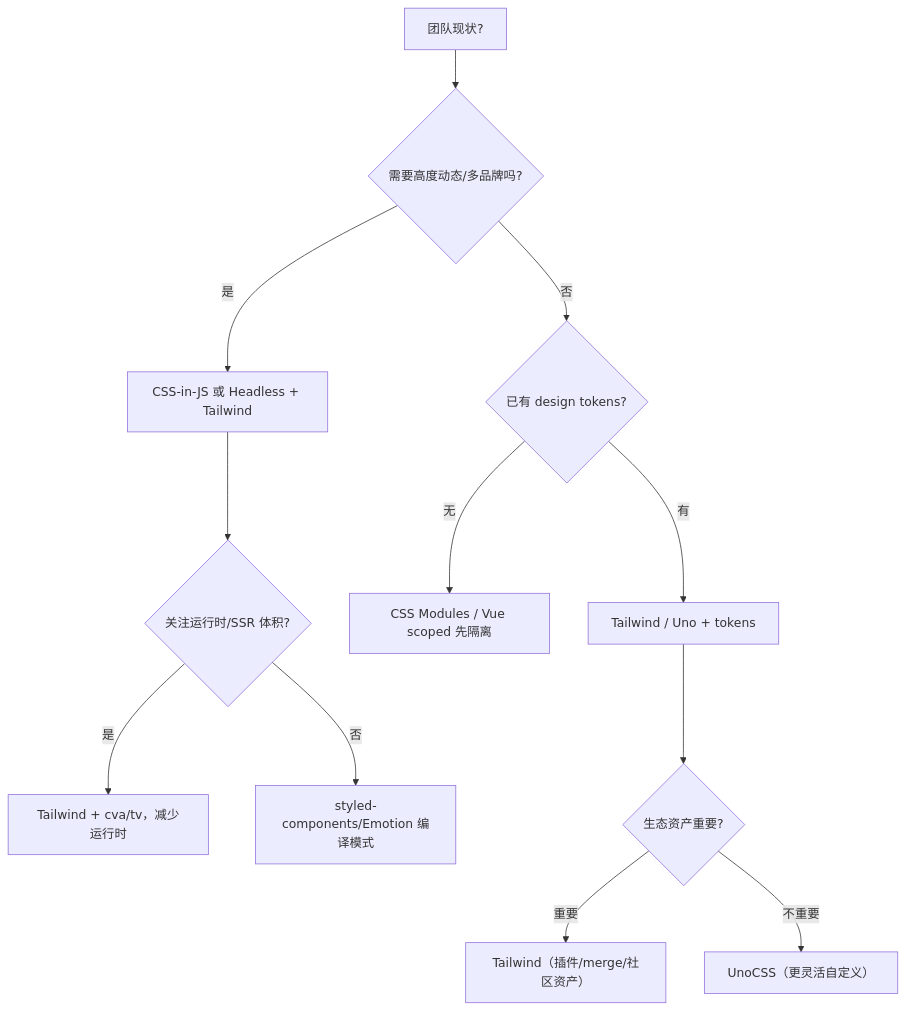
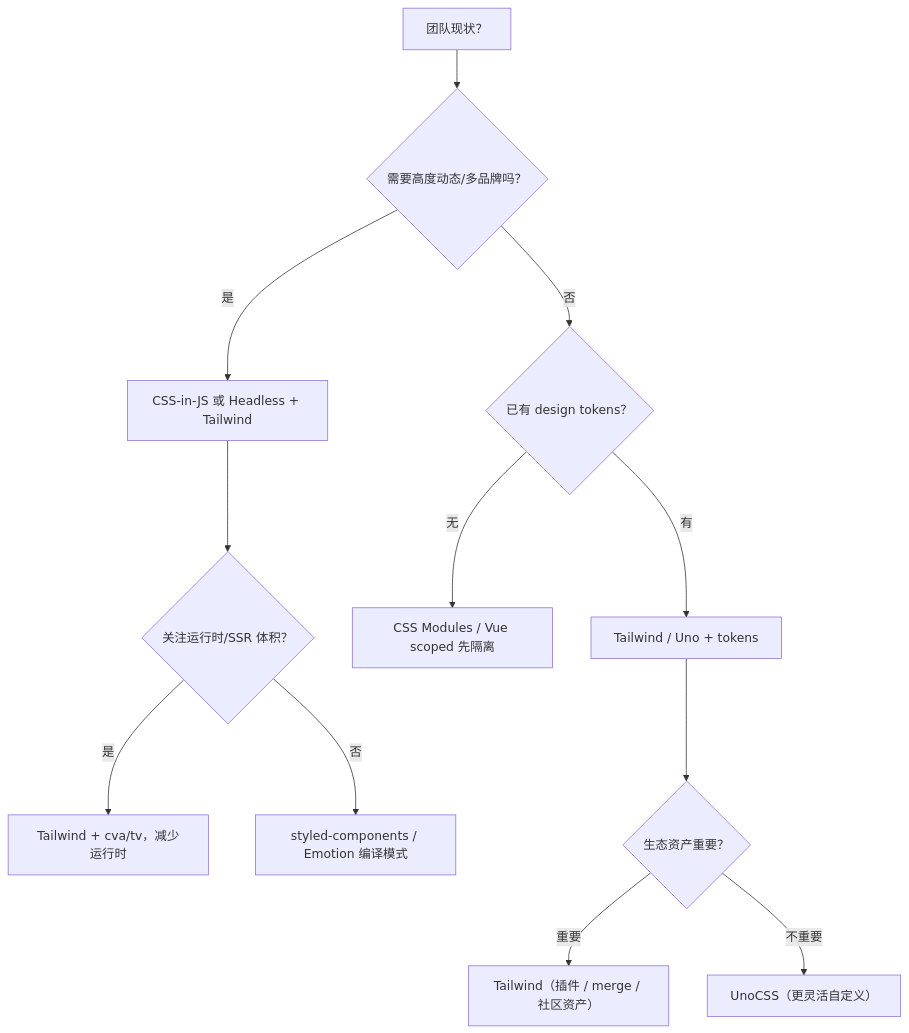
The third of 3 diagrams in website/docs/tailwindcss/history/index.mdx (sonofmagic/weapp-tailwindcss), drawn with Mermaid before and after one commit. The commit also changed other lines of this file and 5 other files, not shown here.

````diff
--- a/website/docs/tailwindcss/history/index.mdx
+++ b/website/docs/tailwindcss/history/index.mdx
@@ -86,14 +88,14 @@
 ```mermaid
 flowchart TD
-  A[团队现状?] --> B{需要高度动态/多品牌吗?}
-  B -->|是| C[CSS-in-JS 或 Headless + Tailwind]
-  B -->|否| D{已有 design tokens?}
-  D -->|有| E[Tailwind / Uno + tokens]
-  D -->|无| F[CSS Modules / Vue scoped 先隔离]
-  C --> G{关注运行时/SSR 体积?}
-  G -->|是| H[Tailwind + cva/tv，减少运行时]
-  G -->|否| I[styled-components/Emotion 编译模式]
-  E --> J{生态资产重要?}
-  J -->|重要| K[Tailwind（插件/merge/社区资产）]
-  J -->|不重要| L[UnoCSS（更灵活自定义）]
+  A["团队现状？"] --> B{"需要高度动态/多品牌吗？"}
+  B -->|是| C["CSS-in-JS 或 Headless + Tailwind"]
+  B -->|否| D{"已有 design tokens？"}
+  D -->|有| E["Tailwind / Uno + tokens"]
+  D -->|无| F["CSS Modules / Vue scoped 先隔离"]
+  C --> G{"关注运行时/SSR 体积？"}
+  G -->|是| H["Tailwind + cva/tv，减少运行时"]
+  G -->|否| I["styled-components / Emotion 编译模式"]
+  E --> J{"生态资产重要？"}
+  J -->|重要| K["Tailwind（插件 / merge / 社区资产）"]
+  J -->|不重要| L["UnoCSS（更灵活自定义）"]
 ```
````
